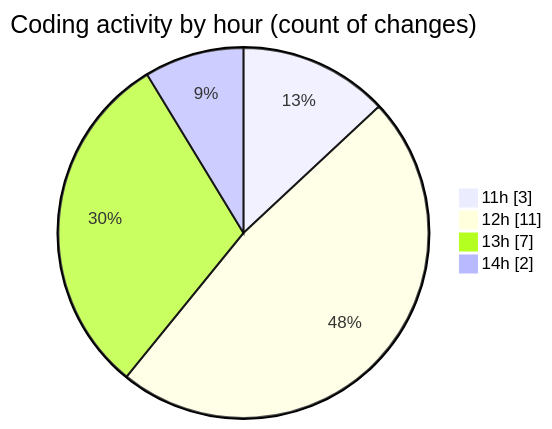
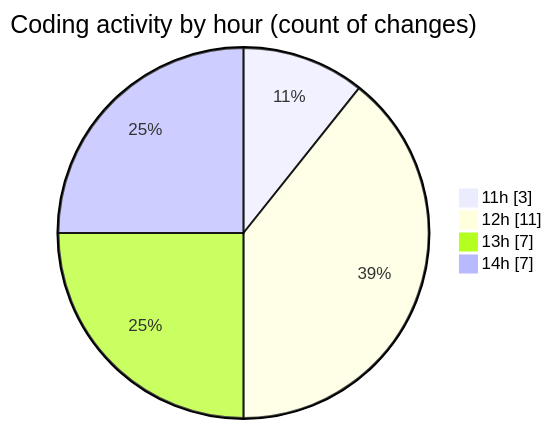
One commit to nxtqubesakshisongat/code-tracking changed the second of 2 diagrams in 2026-03-25/nxtqube_webapp/README.md. Above: the diagram before and after it, drawn with Mermaid. The commit also changed other lines of this file and 1 other file, not shown here.

````diff
--- a/2026-03-25/nxtqube_webapp/README.md
+++ b/2026-03-25/nxtqube_webapp/README.md
@@ -35,8 +35,8 @@
 ```mermaid
 pie showData
 title Coding activity by hour (count of changes)
 "11h" : 3
 "12h" : 11
 "13h" : 7
-"14h" : 2
+"14h" : 7
 ```
````
